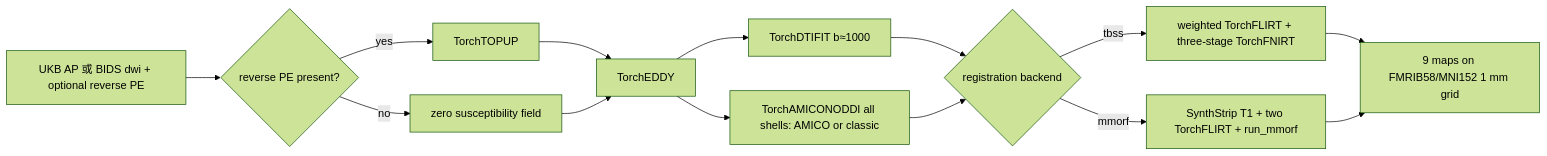
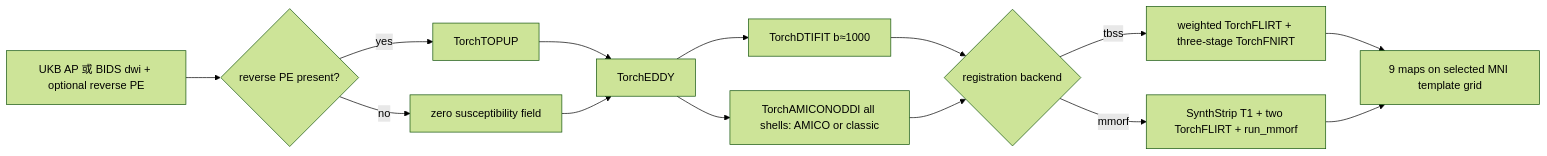
One commit to weikanggong1/Fudan-Neuroimaging-toolkit changed the diagram in docs/dmri_pipeline/README.md. Above: the diagram before and after it, drawn with Mermaid (forest theme). The commit also changed other lines of this file and 2 other files, not shown here.

```diff
--- a/docs/dmri_pipeline/README.md
+++ b/docs/dmri_pipeline/README.md
@@ -7,16 +7,16 @@
 ~~~mermaid
 flowchart LR
   A[UKB AP 或 BIDS dwi + optional reverse PE] --> B{reverse PE present?}
   B -->|yes| C[TorchTOPUP]
   B -->|no| D[zero susceptibility field]
   C --> E[TorchEDDY]
   D --> E
   E --> F[TorchDTIFIT b≈1000]
   E --> G[TorchAMICONODDI all shells: AMICO or classic]
   F --> H{registration backend}
   G --> H
   H -->|tbss| I[weighted TorchFLIRT + three-stage TorchFNIRT]
   H -->|mmorf| J[SynthStrip T1 + two TorchFLIRT + run_mmorf]
-  I --> K[9 maps on FMRIB58/MNI152 1 mm grid]
+  I --> K[9 maps on selected MNI template grid]
   J --> K
 ~~~
```
